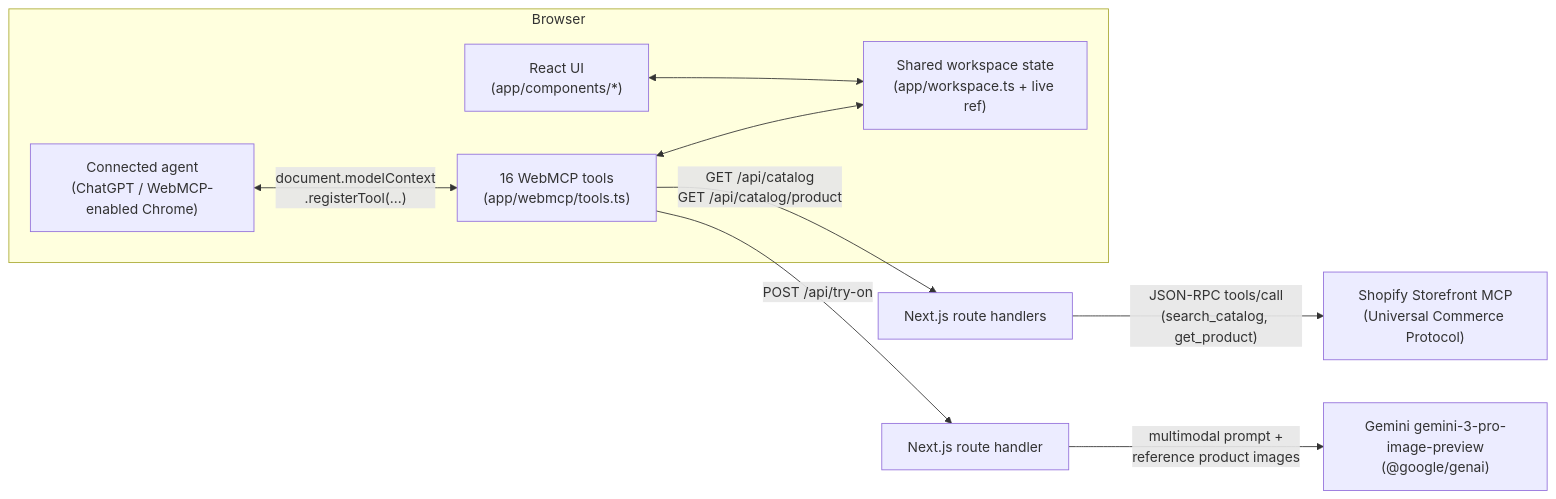
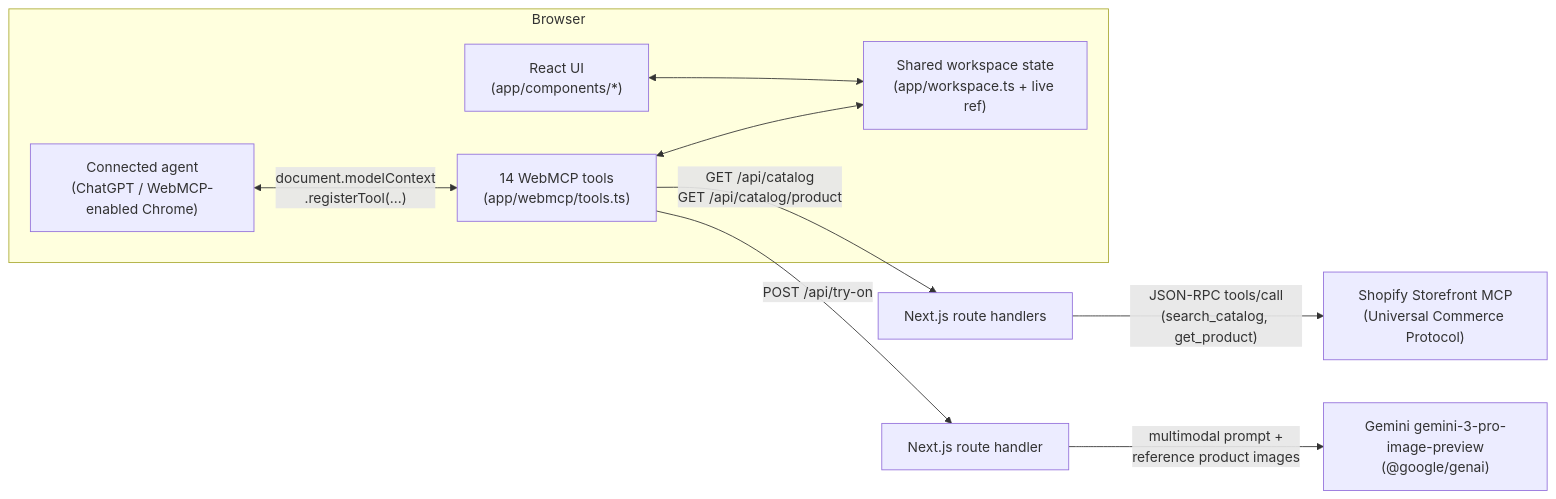
The diagram in README.md (ysazak/AI-Stylist-Co-Shopping-WebMCP), drawn with Mermaid before and after one commit. The commit also changed other lines of this file and 3 other files, not shown here.

````diff
--- a/README.md
+++ b/README.md
@@ -28,15 +27,15 @@
 ```mermaid
 flowchart LR
     subgraph Browser
         UI["React UI\n(app/components/*)"]
         WS["Shared workspace state\n(app/workspace.ts + live ref)"]
-        Tools["16 WebMCP tools\n(app/webmcp/tools.ts)"]
+        Tools["14 WebMCP tools\n(app/webmcp/tools.ts)"]
         UI <--> WS
         Tools <--> WS
         Agent["Connected agent\n(ChatGPT / WebMCP-enabled Chrome)"] <-->|"document.modelContext\n.registerTool(...)"| Tools
     end
     Tools -->|"GET /api/catalog\nGET /api/catalog/product"| ShopifyRoute["Next.js route handlers"]
     ShopifyRoute -->|"JSON-RPC tools/call\n(search_catalog, get_product)"| ShopifyMCP["Shopify Storefront MCP\n(Universal Commerce Protocol)"]
     Tools -->|"POST /api/try-on"| TryOnRoute["Next.js route handler"]
     TryOnRoute -->|"multimodal prompt +\nreference product images"| Gemini["Gemini gemini-3-pro-image-preview\n(@google/genai)"]
 ```
````
